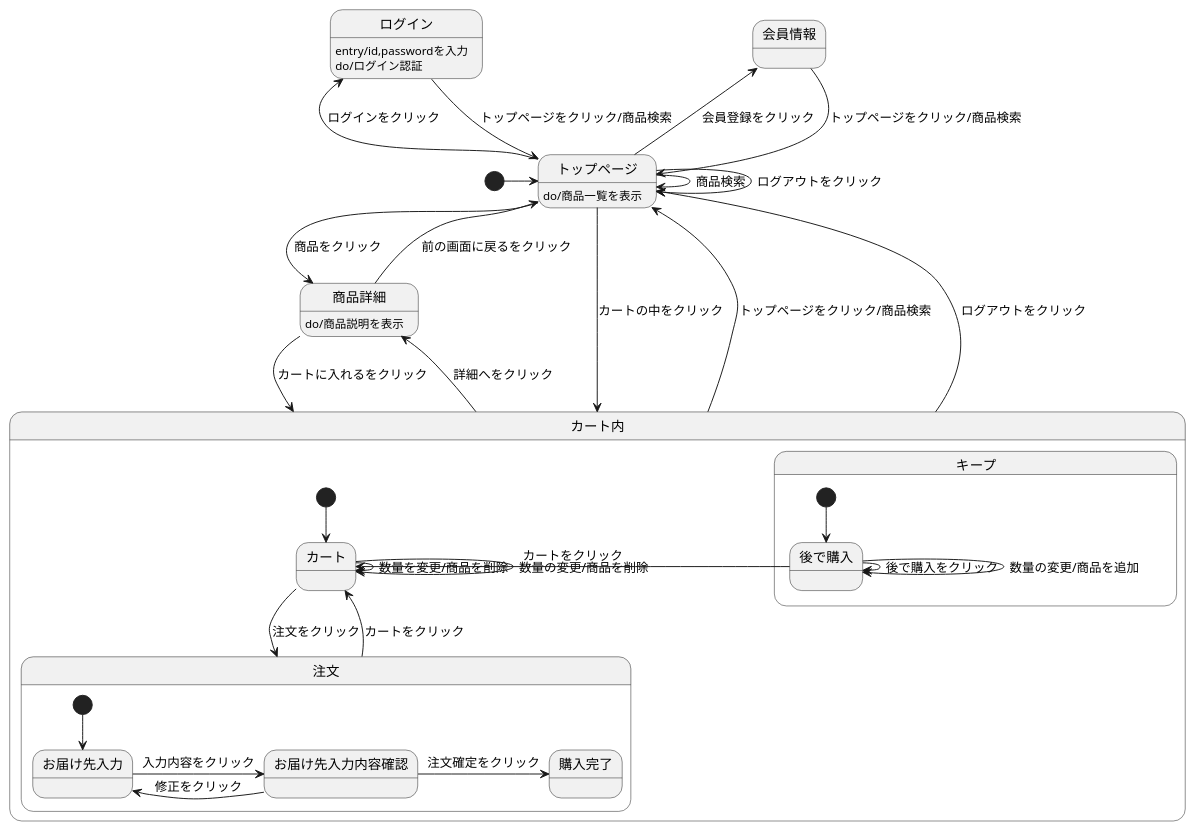
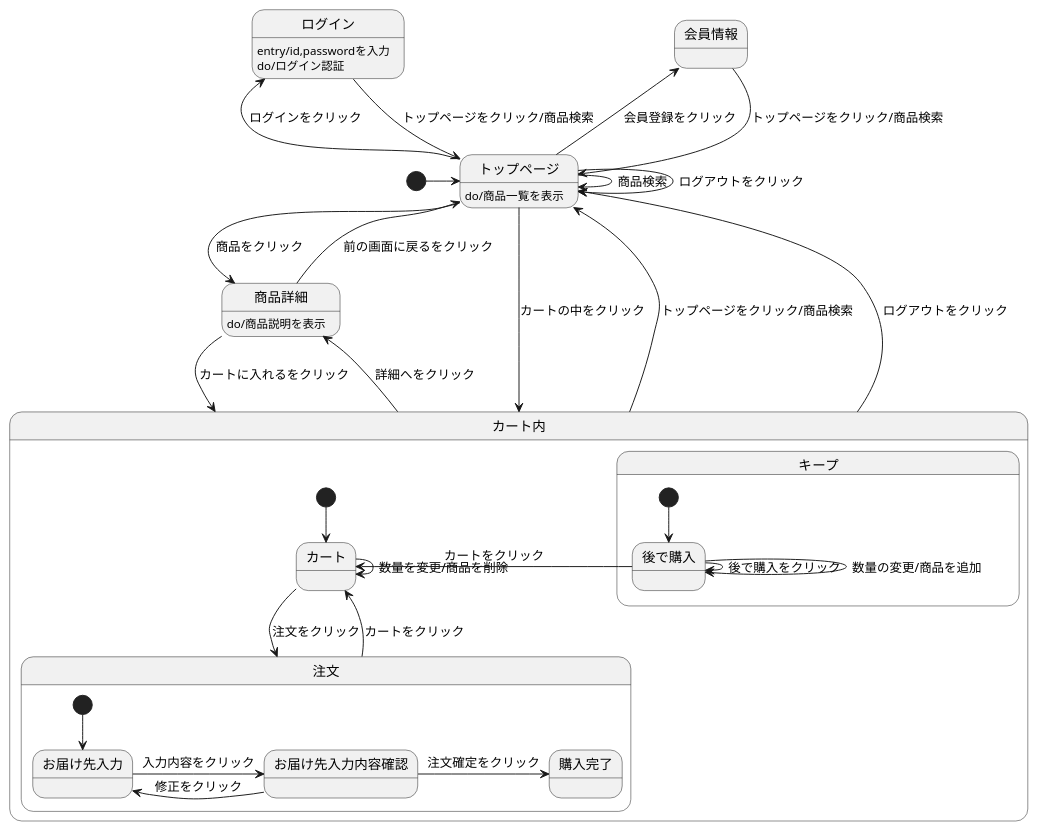
Before and after one commit to Aso2101121/2021sys-design: the diagram in origamen.md, drawn with PlantUML.

````diff
--- a/origamen.md
+++ b/origamen.md
@@ -1,42 +1,41 @@
 ```uml
 @startuml
 [*] -> トップページ
 会員情報 --> トップページ : トップページをクリック/商品検索
 ログイン --> トップページ : トップページをクリック/商品検索
 ログイン:entry/id,passwordを入力
 ログイン:do/ログイン認証
 トップページ --> トップページ : ログアウトをクリック
 トップページ -> トップページ : 商品検索
 トップページ -> 商品詳細 : 商品をクリック
 トップページ -left->会員情報 : 会員登録をクリック
 トップページ -left-> ログイン : ログインをクリック
 トップページ --> カート内 : カートの中をクリック
 トップページ:do/商品一覧を表示
 商品詳細 --> カート内 : カートに入れるをクリック
 商品詳細 --> トップページ : 前の画面に戻るをクリック
 商品詳細:do/商品説明を表示
 カート内 -up-> トップページ : トップページをクリック/商品検索
 カート内 -up-> トップページ : ログアウトをクリック
 カート内 -> 商品詳細 : 詳細へをクリック
 
 state カート内 {
 [*] --> カート
 カート -> 注文 : 注文をクリック
 カート -> カート : 数量を変更/商品を削除
 注文 --> カート : カートをクリック
 state 注文 {
 [*] --> お届け先入力
 お届け先入力 -> お届け先入力内容確認 : 入力内容をクリック
 お届け先入力内容確認 -> お届け先入力 : 修正をクリック
 お届け先入力内容確認 -> 購入完了 : 注文確定をクリック
 }
 state キープ {
 [*] --> 後で購入
 後で購入 -> 後で購入 : 後で購入をクリック
-カート -> カート : 数量の変更/商品を削除
 後で購入 -> 後で購入 : 数量の変更/商品を追加
 後で購入 -> カート : カートをクリック
 }
 
 @enduml
 ```
````
